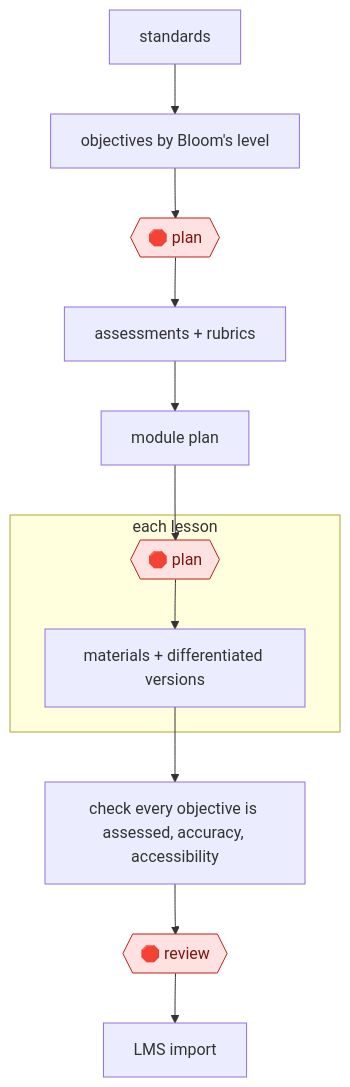
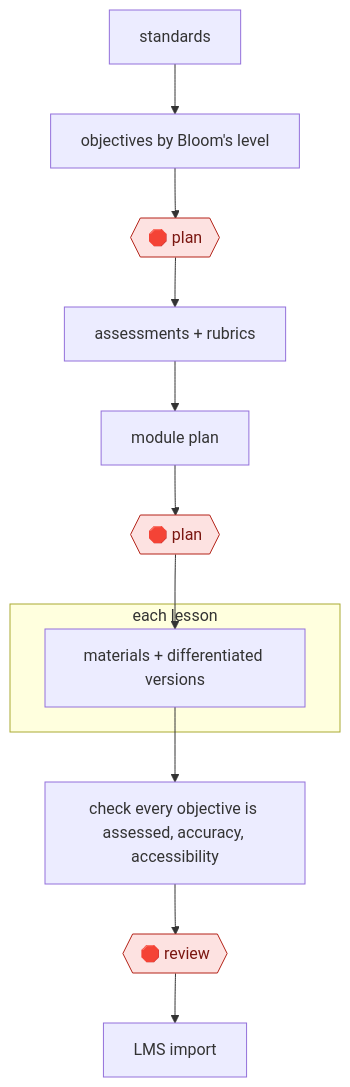
The diagram in workflows/PRO/EDU/COURSE/backward-design-course/README.md (milesradford99/agent-workflow-atlas), drawn with Mermaid before and after one commit. The commit also changed other lines of this file and 171 other files, not shown here.

````diff
--- a/workflows/PRO/EDU/COURSE/backward-design-course/README.md
+++ b/workflows/PRO/EDU/COURSE/backward-design-course/README.md
@@ -29,25 +29,25 @@
 ```mermaid
 flowchart TD
   n1["standards"]
   n2["objectives by Bloom's level"]
-  n1 --> n2
   n3{{"🛑 plan"}}:::stop
-  n2 --> n3
   n4["assessments + rubrics"]
-  n3 --> n4
   n5["module plan"]
-  n4 --> n5
   n6{{"🛑 plan"}}:::stop
-  n5 --> n6
   subgraph s7["each lesson"]
   n8["materials + differentiated versions"]
-  n6 --> n8
   end
   n9["check every objective is assessed, accuracy, accessibility"]
+  n10{{"🛑 review"}}:::stop
+  n11["LMS import"]
+  n1 --> n2
+  n2 --> n3
+  n3 --> n4
+  n4 --> n5
+  n5 --> n6
+  n6 --> n8
   n8 --> n9
-  n10{{"🛑 review"}}:::stop
   n9 --> n10
-  n11["LMS import"]
   n10 --> n11
   classDef stop fill:#fde2e1,stroke:#b42318,color:#7a1610
 ```
````
